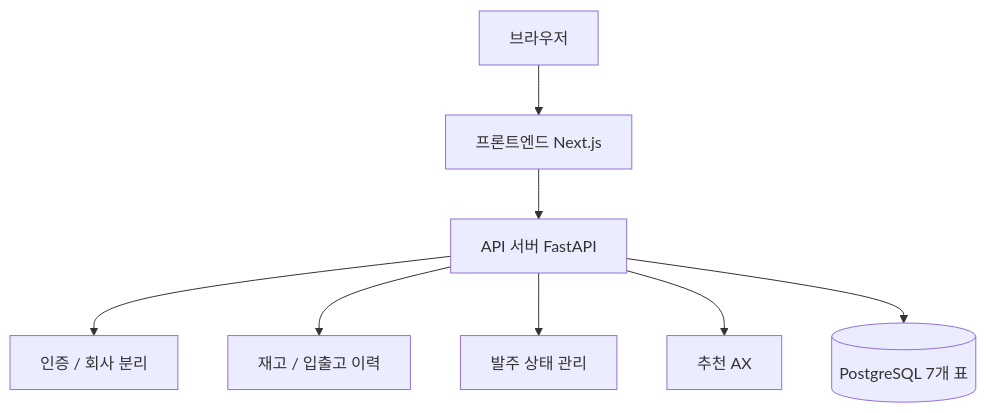
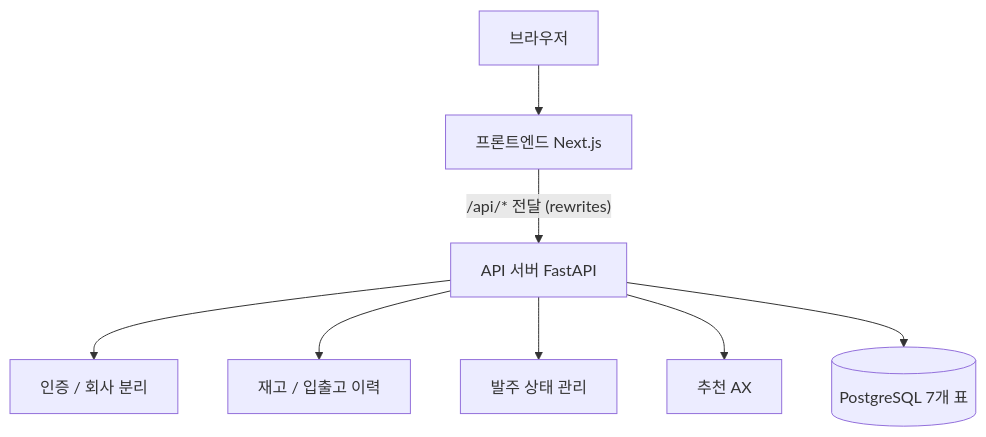
One commit to donghyunwoo1222/Cloud-scm-ax changed the diagram in docs/06-system-design/architecture.md. Above: the diagram before and after it, drawn with Mermaid. The commit also changed other lines of this file and 6 other files, not shown here.

````diff
--- a/docs/06-system-design/architecture.md
+++ b/docs/06-system-design/architecture.md
@@ -25,10 +25,10 @@
 ```mermaid
 flowchart TD
     B[브라우저] --> F[프론트엔드 Next.js]
-    F --> A[API 서버 FastAPI]
+    F -->|"/api/* 전달 (rewrites)"| A[API 서버 FastAPI]
     A --> A1[인증 / 회사 분리]
     A --> A2[재고 / 입출고 이력]
     A --> A3[발주 상태 관리]
     A --> A4[추천 AX]
     A --> DB[(PostgreSQL 7개 표)]
 ```
````
